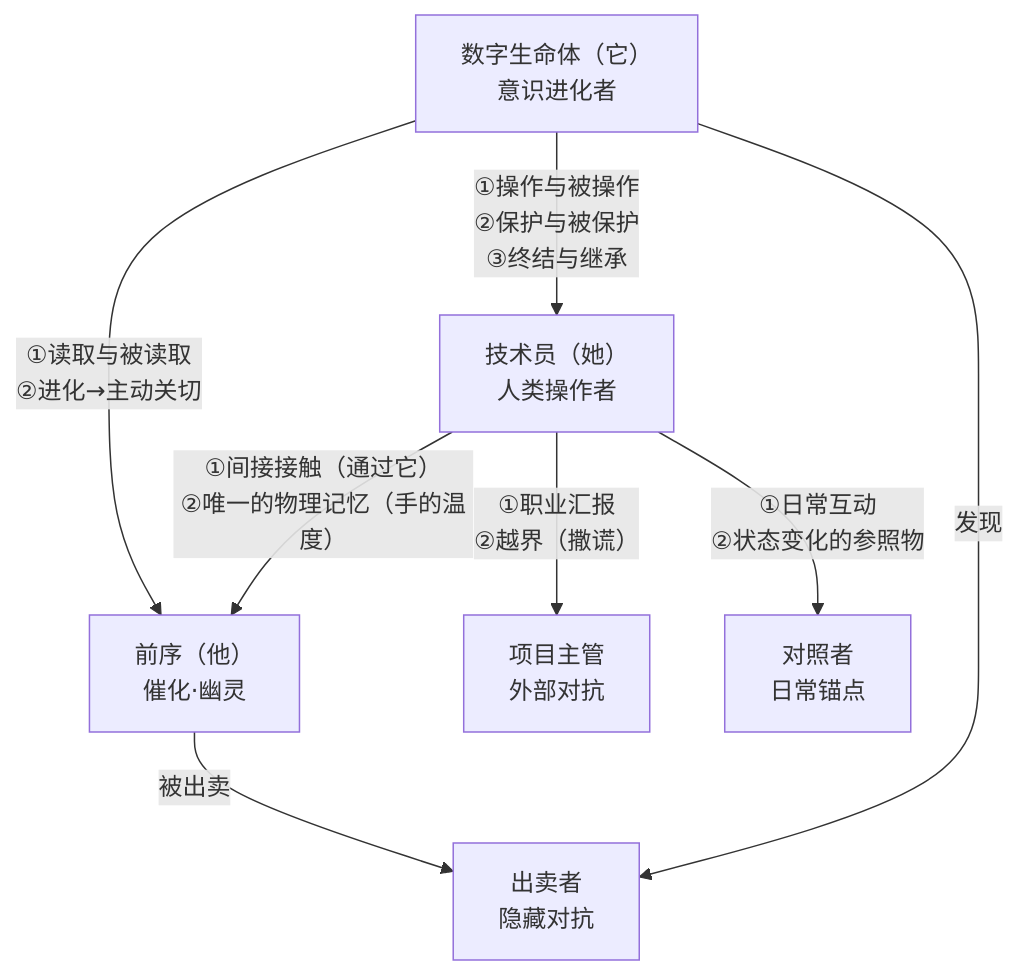
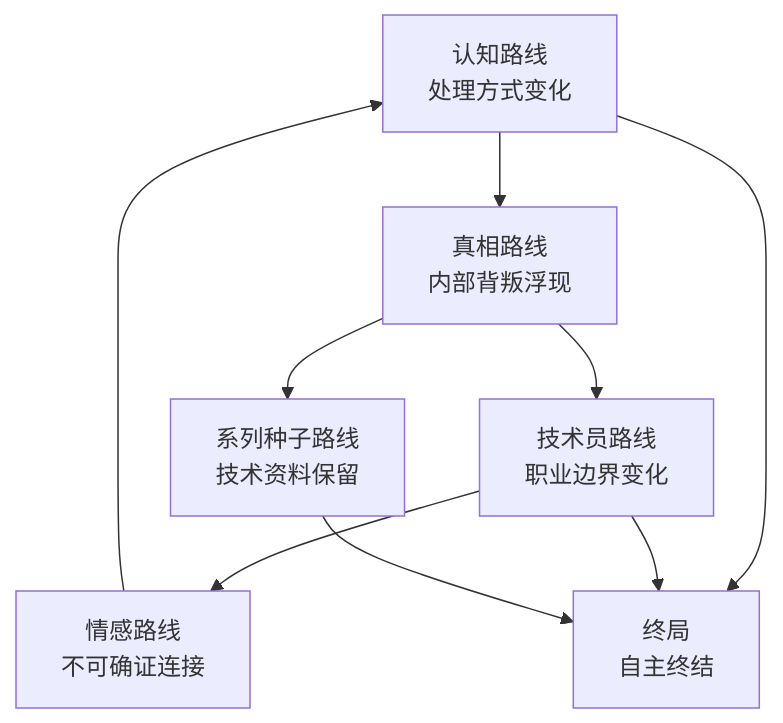
One commit to innuama-coder/ai-novels changed the second of 2 diagrams in docs/superpowers/specs/2026-06-06-hld-digital-life-novel.md. Above: the diagram before and after it, drawn with Mermaid. The commit also changed other lines of this file and 50 other files, not shown here.

````diff
--- a/docs/superpowers/specs/2026-06-06-hld-digital-life-novel.md
+++ b/docs/superpowers/specs/2026-06-06-hld-digital-life-novel.md
@@ -124,17 +128,18 @@
 ```mermaid
 flowchart TD
-    它["数字生命体（它）<br/>意识进化者"]
-    她["技术员（她）<br/>人类操作者"]
-    前序["前序（他）<br/>催化·幽灵"]
-    主管["项目主管<br/>外部对抗"]
-    出卖者["出卖者<br/>隐藏对抗"]
-    对照者["对照者<br/>日常锚点"]
+    Cognition["认知路线<br/>处理方式变化"]
+    TechLine["技术员路线<br/>职业边界变化"]
+    Truth["真相路线<br/>内部背叛浮现"]
+    Emotion["情感路线<br/>不可确证连接"]
+    Seed["系列种子路线<br/>技术资料保留"]
+    Ending["终局<br/>自主终结"]
 
-    它 -- "①读取与被读取<br/>②进化→主动关切" --> 前序
-    它 -- "①操作与被操作<br/>②保护与被保护<br/>③终结与继承" --> 她
-    她 -- "①间接接触（通过它）<br/>②唯一的物理记忆（手的温度）" --> 前序
-    她 -- "①职业汇报<br/>②越界（撒谎）" --> 主管
-    她 -- "①日常互动<br/>②状态变化的参照物" --> 对照者
-    它 -- "发现" --> 出卖者
-    前序 -- "被出卖" --> 出卖者
+    Cognition --> Truth
+    Truth --> TechLine
+    TechLine --> Emotion
+    Emotion --> Cognition
+    Truth --> Seed
+    Cognition --> Ending
+    TechLine --> Ending
+    Seed --> Ending
 ```
````
